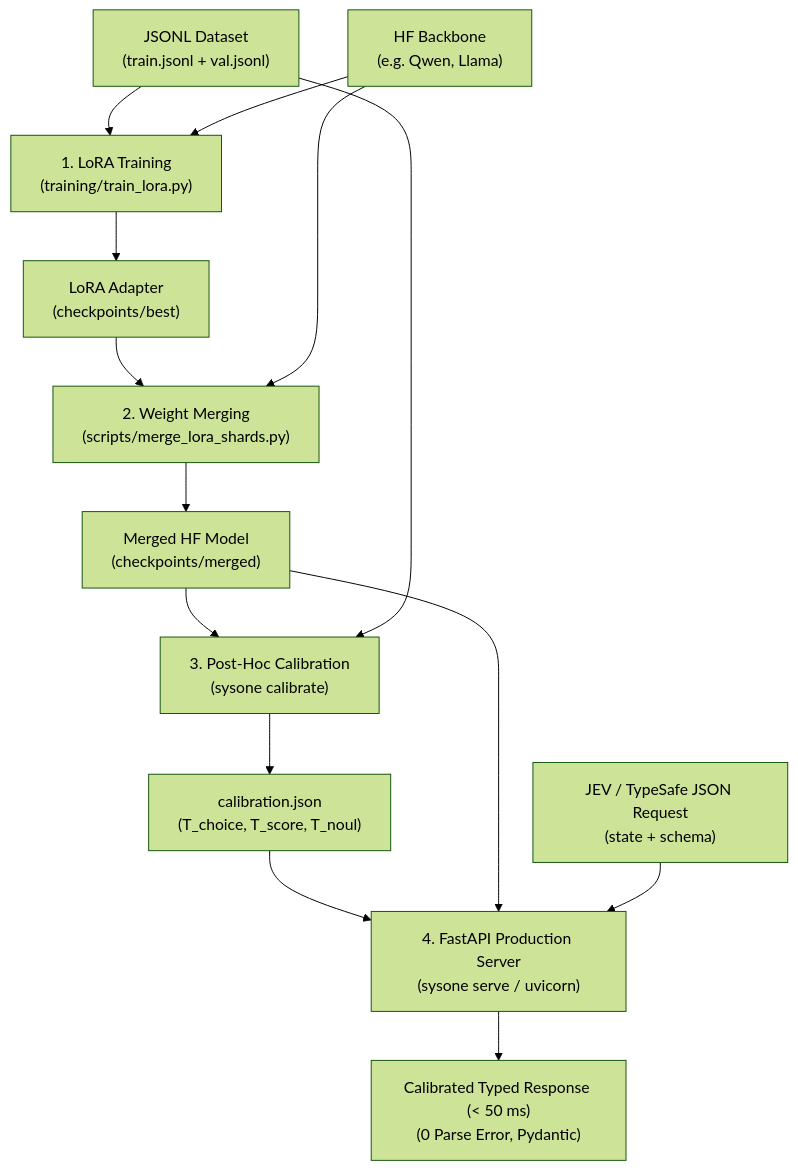
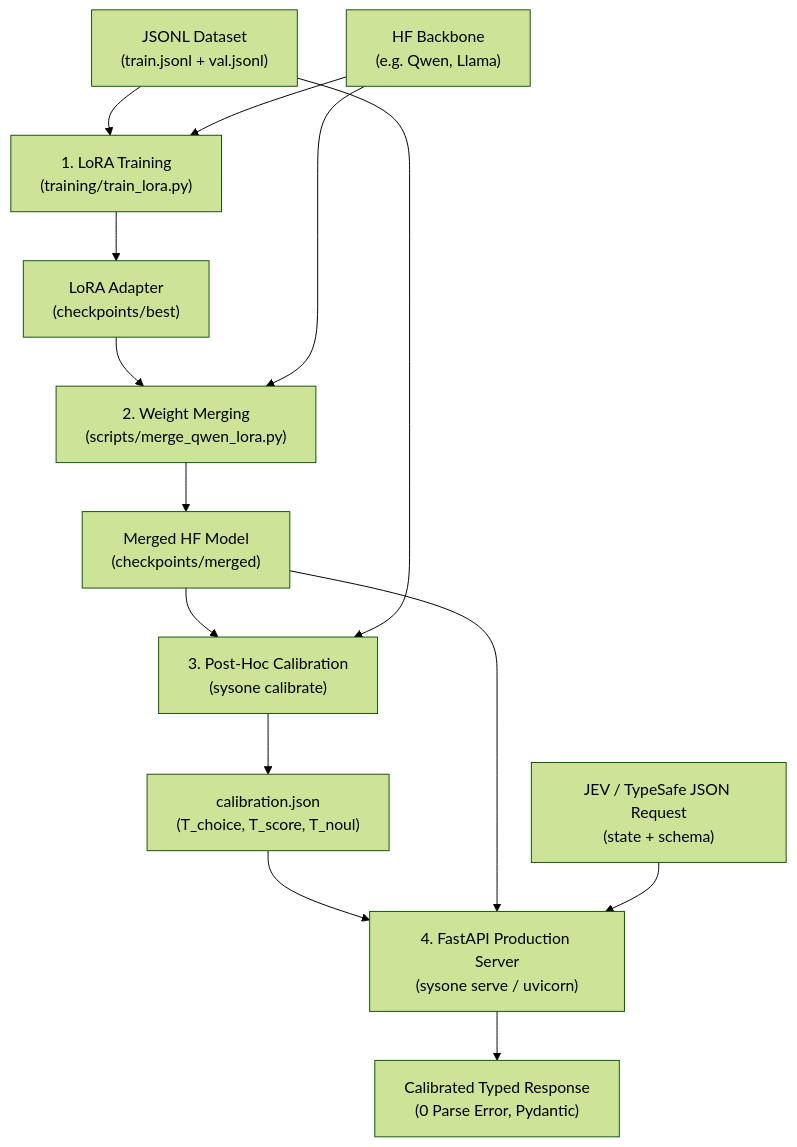
One commit to Okura66/kahn1 changed the diagram in docs/PLAYBOOK.md. Above: the diagram before and after it, drawn with Mermaid (forest theme). The commit also changed other lines of this file and 39 other files, not shown here.

````diff
--- a/docs/PLAYBOOK.md
+++ b/docs/PLAYBOOK.md
@@ -25,20 +25,20 @@
 ```mermaid
 flowchart TD
     Data["JSONL Dataset\n(train.jsonl + val.jsonl)"] --> Train["1. LoRA Training\n(training/train_lora.py)"]
     Model["HF Backbone\n(e.g. Qwen, Llama)"] --> Train
     
     Train --> Adapter["LoRA Adapter\n(checkpoints/best)"]
-    Adapter --> Merge["2. Weight Merging\n(scripts/merge_lora_shards.py)"]
+    Adapter --> Merge["2. Weight Merging\n(scripts/merge_qwen_lora.py)"]
     Model --> Merge
     
     Merge --> Standalone["Merged HF Model\n(checkpoints/merged)"]
     Standalone --> Calibrate["3. Post-Hoc Calibration\n(sysone calibrate)"]
     Data --> Calibrate
     
     Calibrate --> CalibJSON["calibration.json\n(T_choice, T_score, T_noul)"]
     CalibJSON --> Serve["4. FastAPI Production Server\n(sysone serve / uvicorn)"]
     Standalone --> Serve
     
     Client["JEV / TypeSafe JSON Request\n(state + schema)"] --> Serve
-    Serve --> Out["Calibrated Typed Response (< 50 ms)\n(0 Parse Error, Pydantic)"]
+    Serve --> Out["Calibrated Typed Response\n(0 Parse Error, Pydantic)"]
 ```
````
